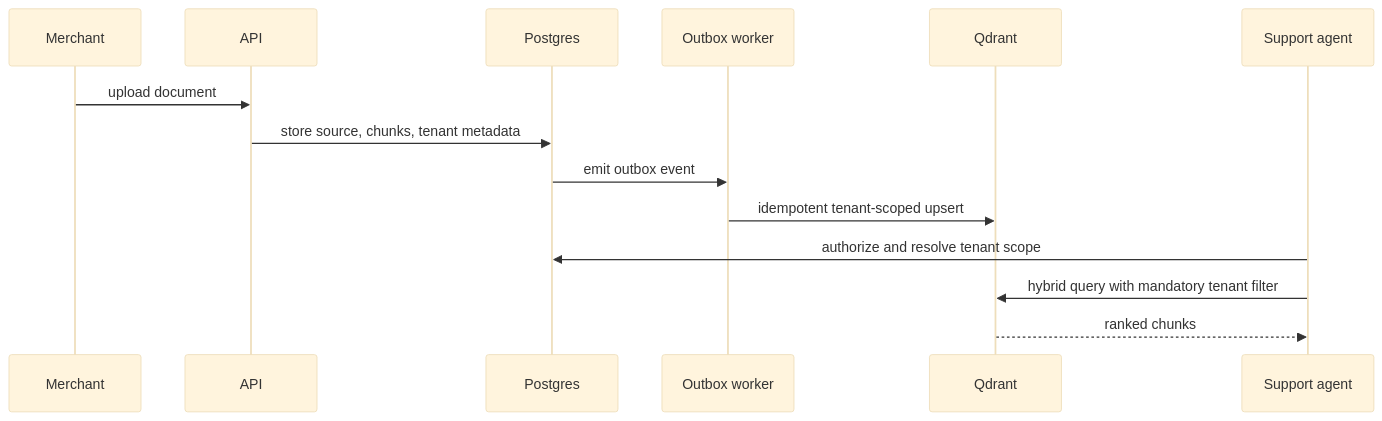
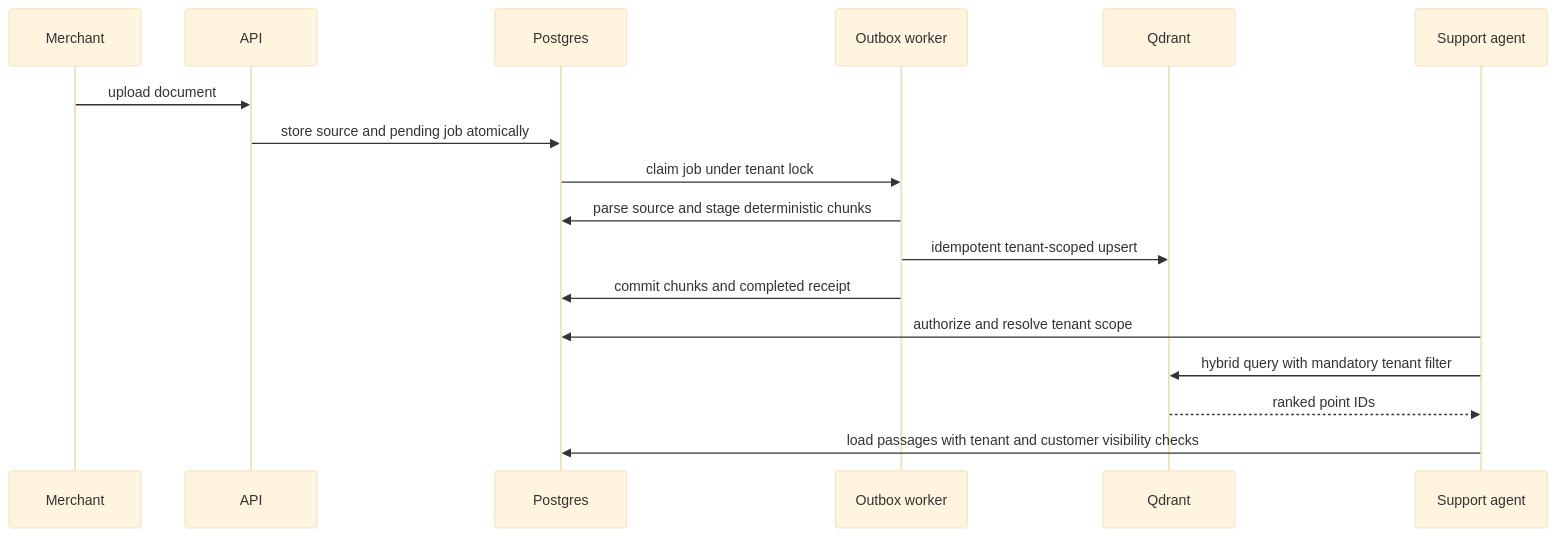
One commit to emmanuelmassawe/Multi-agent-e-commerce-platform changed the fifth of 7 diagrams in docs/architecture/05-sequences.md. Above: the diagram before and after it, drawn with Mermaid (base theme). The commit also changed other lines of this file and 26 other files, not shown here.

````diff
--- a/docs/architecture/05-sequences.md
+++ b/docs/architecture/05-sequences.md
@@ -81,16 +81,19 @@
 ```mermaid
 sequenceDiagram
   participant U as Merchant
   participant API
   participant PG as Postgres
   participant O as Outbox worker
   participant Q as Qdrant
   participant A as Support agent
   U->>API: upload document
-  API->>PG: store source, chunks, tenant metadata
-  PG->>O: emit outbox event
+  API->>PG: store source and pending job atomically
+  PG->>O: claim job under tenant lock
+  O->>PG: parse source and stage deterministic chunks
   O->>Q: idempotent tenant-scoped upsert
+  O->>PG: commit chunks and completed receipt
   A->>PG: authorize and resolve tenant scope
   A->>Q: hybrid query with mandatory tenant filter
-  Q-->>A: ranked chunks
+  Q-->>A: ranked point IDs
+  A->>PG: load passages with tenant and customer visibility checks
 ```
````
